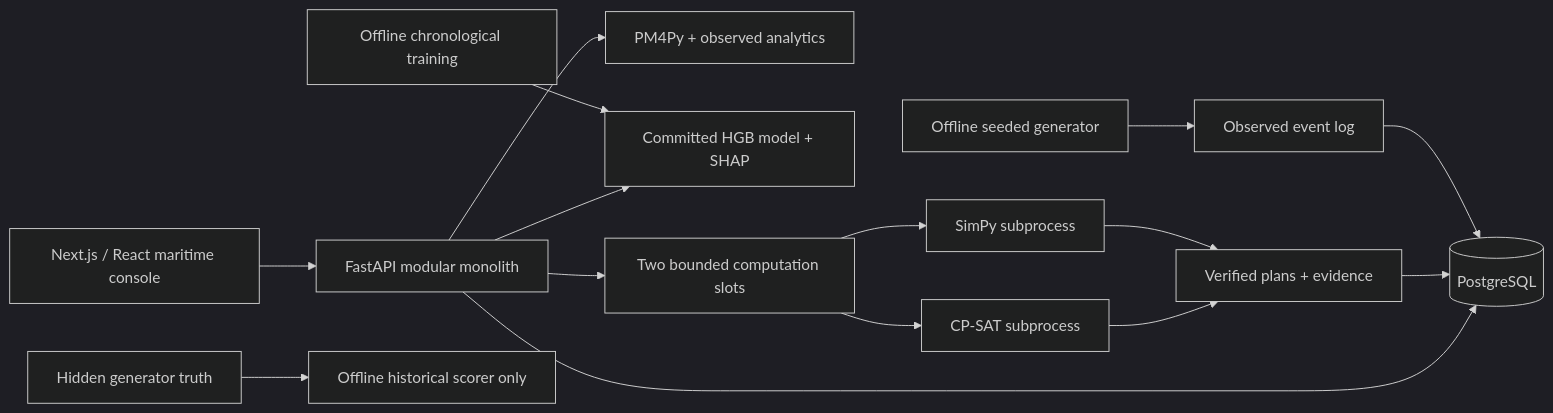
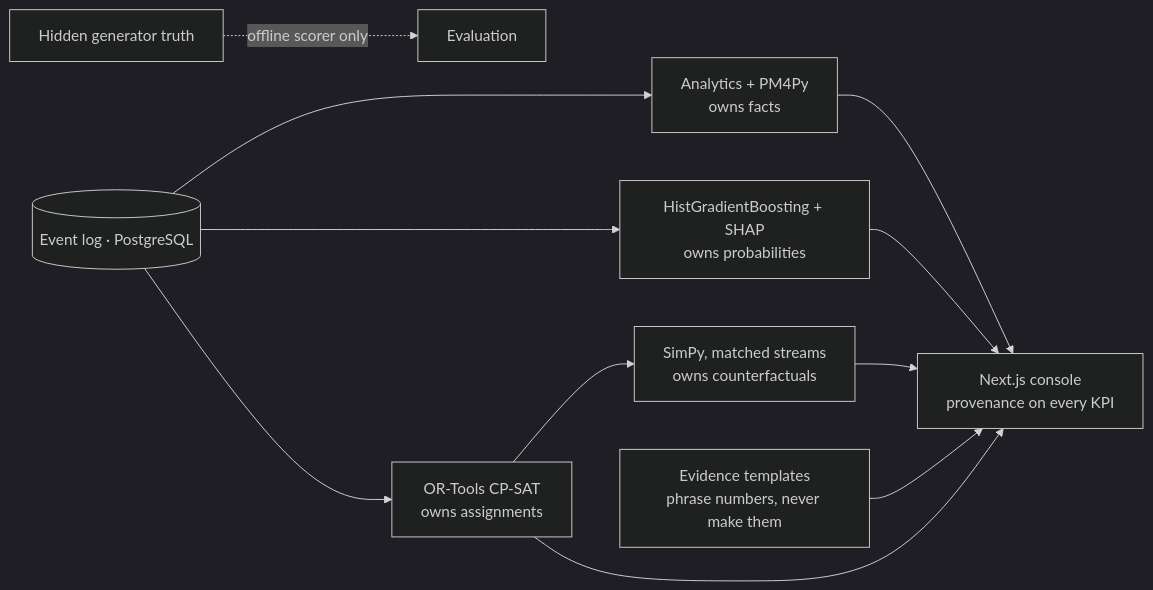
The diagram in README.md (abdulaz06/berthiq), drawn with Mermaid (dark theme) before and after one commit. The commit also changed other lines of this file and 82 other files, not shown here.

````diff
--- a/README.md
+++ b/README.md
@@ -59,17 +70,13 @@
 ```mermaid
 flowchart LR
-    Browser[Next.js / React maritime console] --> API[FastAPI modular monolith]
-    API --> PG[(PostgreSQL)]
-    API --> Discovery[PM4Py + observed analytics]
-    API --> Risk[Committed HGB model + SHAP]
-    API --> Supervisor[Two bounded computation slots]
-    Supervisor --> Solver[CP-SAT subprocess]
-    Supervisor --> Simulation[SimPy subprocess]
-    Solver --> Results[Verified plans + evidence]
-    Simulation --> Results
-    Results --> PG
-    Generator[Offline seeded generator] --> Events[Observed event log]
-    Events --> PG
-    Training[Offline chronological training] --> Risk
-    Truth[Hidden generator truth] --> Scorer[Offline historical scorer only]
+    Log[(Event log · PostgreSQL)] --> Analytics[Analytics + PM4Py<br/>owns facts]
+    Log --> Model[HistGradientBoosting + SHAP<br/>owns probabilities]
+    Log --> Solver[OR-Tools CP-SAT<br/>owns assignments]
+    Solver --> Sim[SimPy, matched streams<br/>owns counterfactuals]
+    Analytics --> UI[Next.js console<br/>provenance on every KPI]
+    Model --> UI
+    Solver --> UI
+    Sim --> UI
+    Templates[Evidence templates<br/>phrase numbers, never make them] --> UI
+    Truth[Hidden generator truth] -.->|offline scorer only| Eval[Evaluation]
 ```
````
